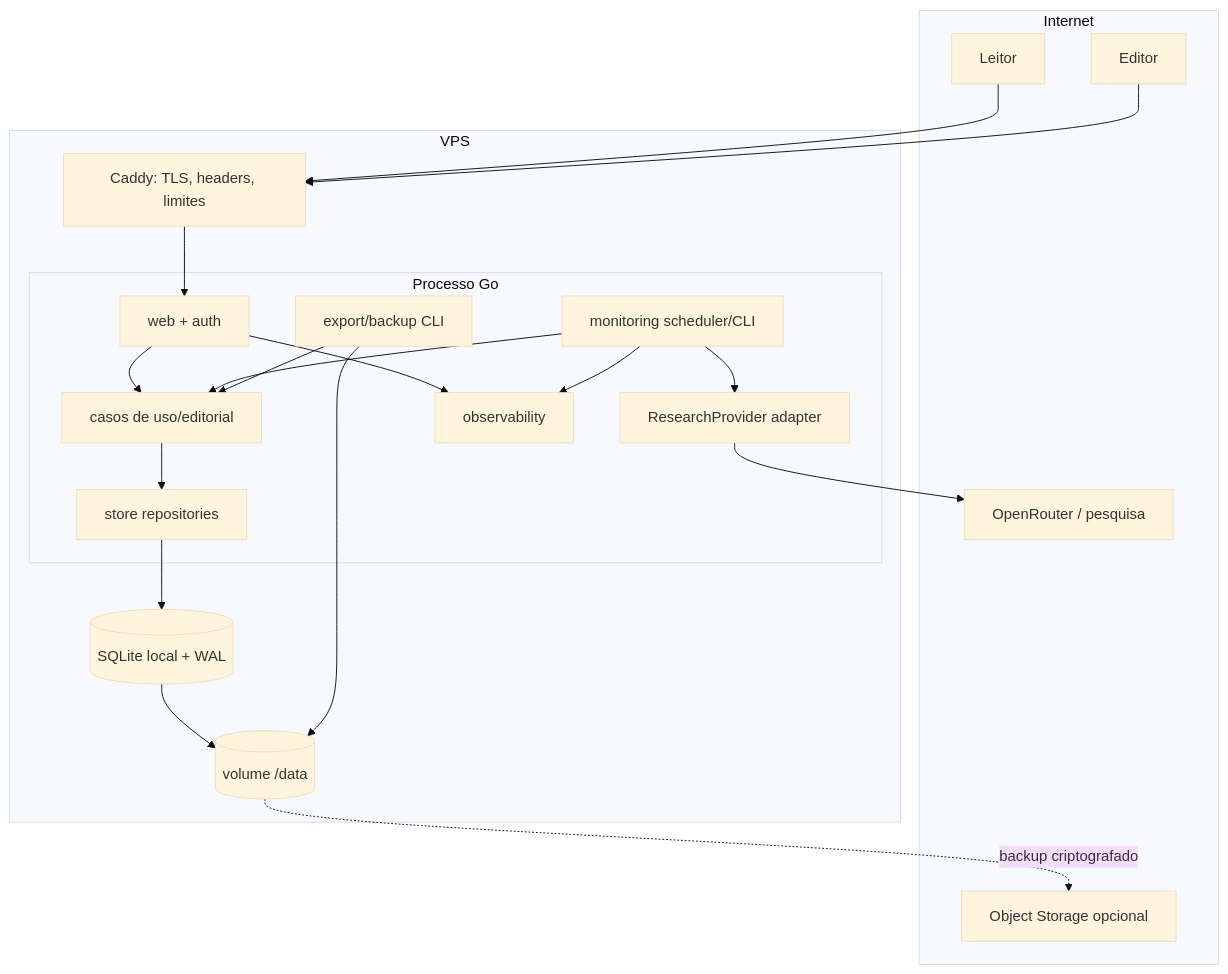
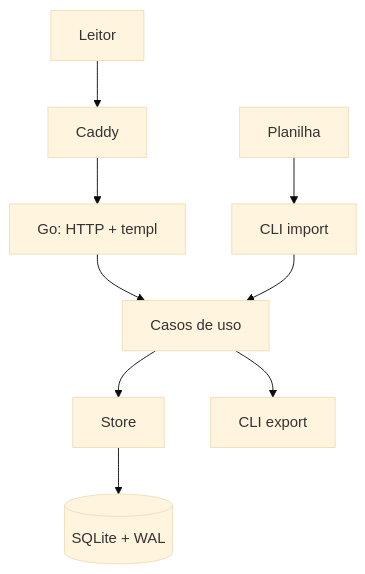
The diagram in docs/04-arquitetura.md (raphaieu/vorcarozap), drawn with Mermaid (base theme) before and after one commit. The commit also changed other lines of this file and 14 other files, not shown here.

````diff
--- a/docs/04-arquitetura.md
+++ b/docs/04-arquitetura.md
@@ -7,34 +7,11 @@
 ```mermaid
 flowchart TB
-  subgraph Internet
-    L[Leitor]
-    E[Editor]
-    OR[OpenRouter / pesquisa]
-    OS[Object Storage opcional]
-  end
-  subgraph VPS
-    C[Caddy: TLS, headers, limites]
-    subgraph Processo Go
-      HTTP[web + auth]
-      APP[casos de uso/editorial]
-      MON[monitoring scheduler/CLI]
-      EXP[export/backup CLI]
-      RP[ResearchProvider adapter]
-      REPO[store repositories]
-      OBS[observability]
-    end
-    DB[(SQLite local + WAL)]
-    VOL[(volume /data)]
-  end
-  L --> C --> HTTP
-  E --> C
-  HTTP --> APP
-  MON --> APP
-  MON --> RP --> OR
-  EXP --> APP
-  APP --> REPO --> DB --> VOL
-  EXP --> VOL
-  VOL -. backup criptografado .-> OS
-  HTTP --> OBS
-  MON --> OBS
+  L[Leitor] --> C[Caddy]
+  C --> H[Go: HTTP + templ]
+  H --> D[Casos de uso]
+  D --> S[Store]
+  S --> DB[(SQLite + WAL)]
+  XLSX[Planilha] --> I[CLI import]
+  I --> D
+  D --> E[CLI export]
 ```
````
